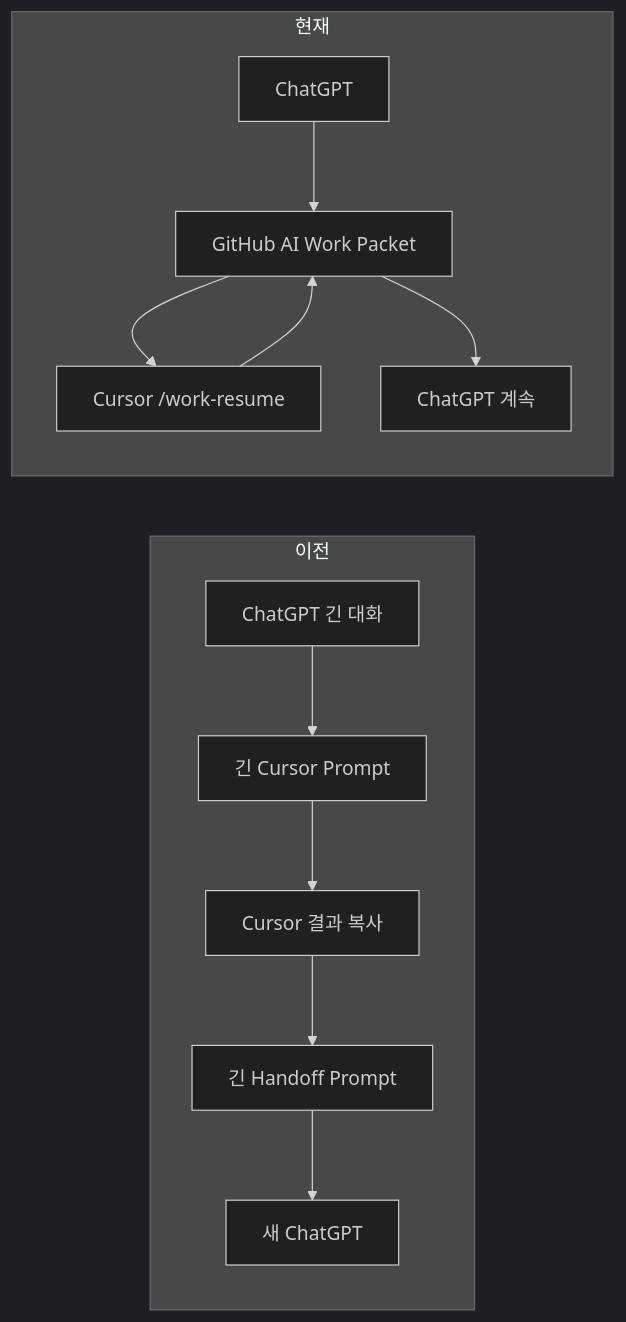
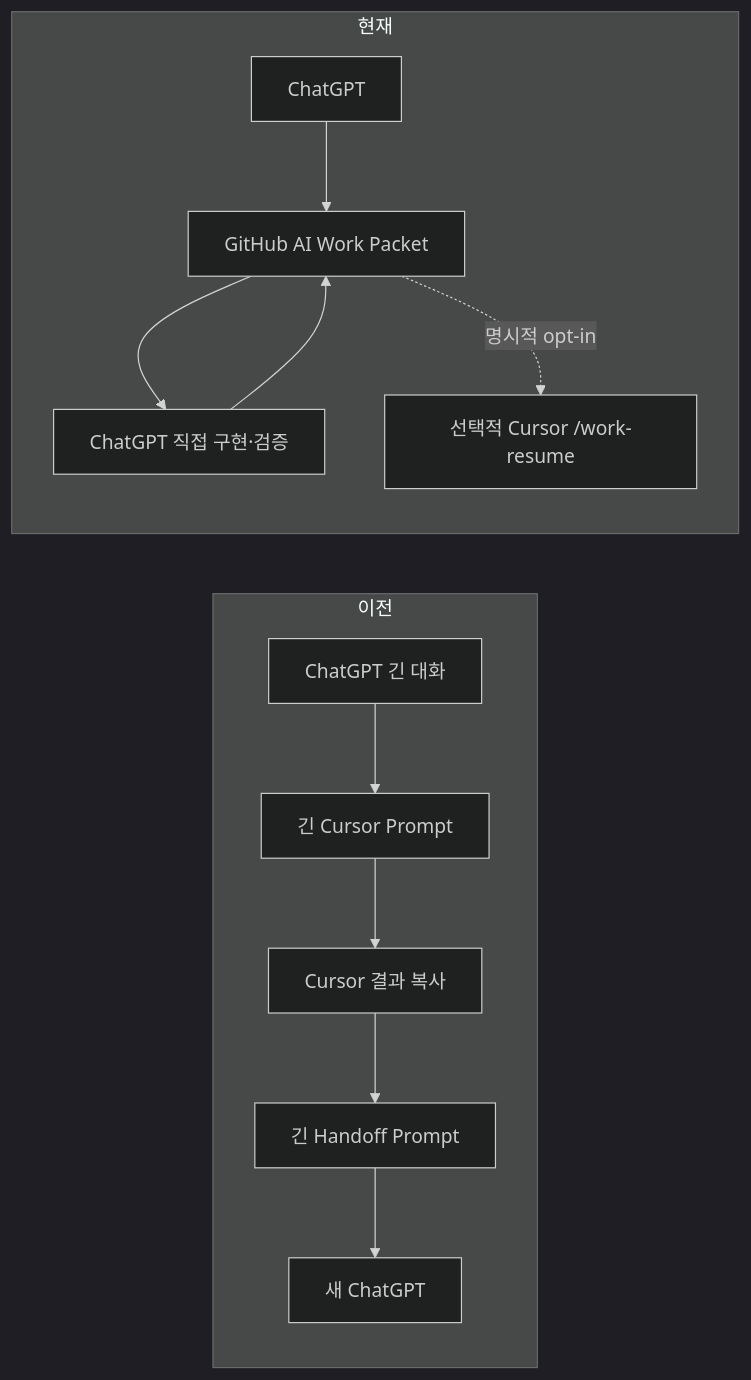
Before and after one commit to datarelay-labs/engineering-system-docs: the first of 2 diagrams in ko/session-continuity.mdx, drawn with Mermaid (dark theme). The commit also changed other lines of this file and 6 other files, not shown here.

Commit message:
docs: align Korean workflow with ChatGPT-primary execution

```diff
--- a/ko/session-continuity.mdx
+++ b/ko/session-continuity.mdx
@@ -14,16 +14,16 @@
 ~~~mermaid
 flowchart LR
     subgraph BEFORE["이전"]
       A1["ChatGPT 긴 대화"] --> A2["긴 Cursor Prompt"]
       A2 --> A3["Cursor 결과 복사"]
       A3 --> A4["긴 Handoff Prompt"]
       A4 --> A5["새 ChatGPT"]
     end
 
     subgraph AFTER["현재"]
       B1["ChatGPT"] --> B2["GitHub AI Work Packet"]
-      B2 --> B3["Cursor /work-resume"]
+      B2 --> B3["ChatGPT 직접 구현·검증"]
       B3 --> B2
-      B2 --> B4["ChatGPT 계속"]
+      B2 -. 명시적 opt-in .-> B4["선택적 Cursor /work-resume"]
     end
 ~~~
```
